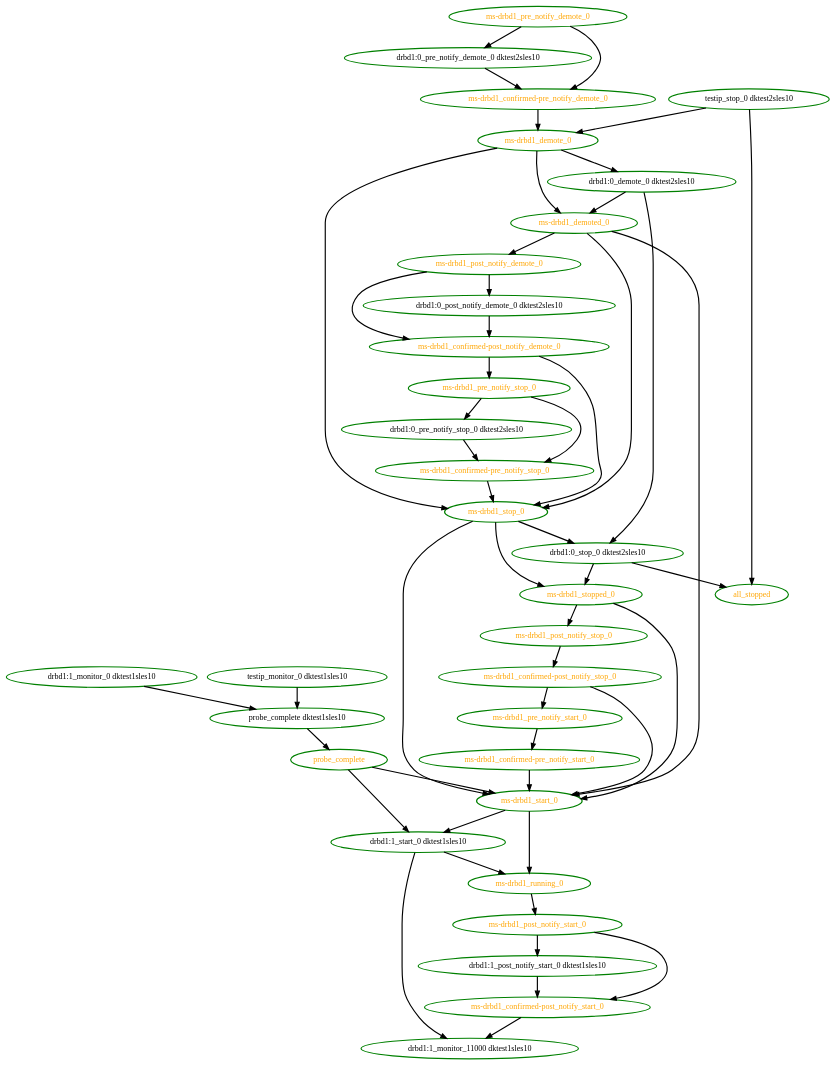
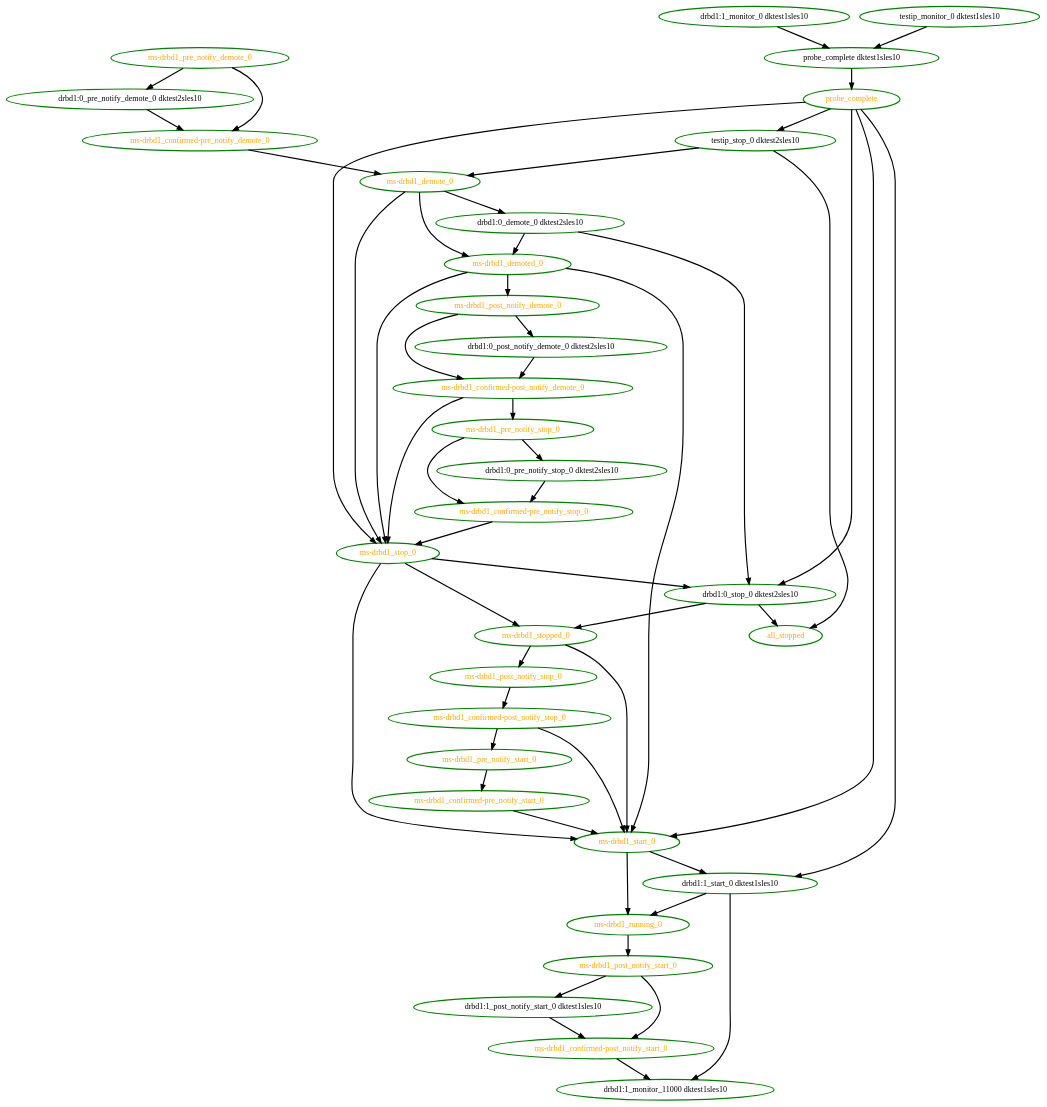
Before and after one commit to linux-ha-japan/pm_diskd: the diagram in pengine/testcases/clone-no-shuffle.dot, drawn with Graphviz. The commit also changed 158 other files, not shown here.

Commit message:
Medium: PE: Bug LF:1926 - Probes should complete before stop actions are invoked

```diff
--- a/pengine/testcases/clone-no-shuffle.dot
+++ b/pengine/testcases/clone-no-shuffle.dot
@@ -1,83 +1,86 @@
 digraph "g" {
 "all_stopped" [ style=bold color="green" fontcolor="orange"  ]
 "drbd1:0_demote_0 dktest2sles10" -> "drbd1:0_stop_0 dktest2sles10" [ style = bold]
 "drbd1:0_demote_0 dktest2sles10" -> "ms-drbd1_demoted_0" [ style = bold]
 "drbd1:0_demote_0 dktest2sles10" [ style=bold color="green" fontcolor="black"  ]
 "drbd1:0_post_notify_demote_0 dktest2sles10" -> "ms-drbd1_confirmed-post_notify_demote_0" [ style = bold]
 "drbd1:0_post_notify_demote_0 dktest2sles10" [ style=bold color="green" fontcolor="black"  ]
 "drbd1:0_pre_notify_demote_0 dktest2sles10" -> "ms-drbd1_confirmed-pre_notify_demote_0" [ style = bold]
 "drbd1:0_pre_notify_demote_0 dktest2sles10" [ style=bold color="green" fontcolor="black"  ]
 "drbd1:0_pre_notify_stop_0 dktest2sles10" -> "ms-drbd1_confirmed-pre_notify_stop_0" [ style = bold]
 "drbd1:0_pre_notify_stop_0 dktest2sles10" [ style=bold color="green" fontcolor="black"  ]
 "drbd1:0_stop_0 dktest2sles10" -> "all_stopped" [ style = bold]
 "drbd1:0_stop_0 dktest2sles10" -> "ms-drbd1_stopped_0" [ style = bold]
 "drbd1:0_stop_0 dktest2sles10" [ style=bold color="green" fontcolor="black"  ]
 "drbd1:1_monitor_0 dktest1sles10" -> "probe_complete dktest1sles10" [ style = bold]
 "drbd1:1_monitor_0 dktest1sles10" [ style=bold color="green" fontcolor="black"  ]
 "drbd1:1_monitor_11000 dktest1sles10" [ style=bold color="green" fontcolor="black"  ]
 "drbd1:1_post_notify_start_0 dktest1sles10" -> "ms-drbd1_confirmed-post_notify_start_0" [ style = bold]
 "drbd1:1_post_notify_start_0 dktest1sles10" [ style=bold color="green" fontcolor="black"  ]
 "drbd1:1_start_0 dktest1sles10" -> "drbd1:1_monitor_11000 dktest1sles10" [ style = bold]
 "drbd1:1_start_0 dktest1sles10" -> "ms-drbd1_running_0" [ style = bold]
 "drbd1:1_start_0 dktest1sles10" [ style=bold color="green" fontcolor="black"  ]
 "ms-drbd1_confirmed-post_notify_demote_0" -> "ms-drbd1_pre_notify_stop_0" [ style = bold]
 "ms-drbd1_confirmed-post_notify_demote_0" -> "ms-drbd1_stop_0" [ style = bold]
 "ms-drbd1_confirmed-post_notify_demote_0" [ style=bold color="green" fontcolor="orange"  ]
 "ms-drbd1_confirmed-post_notify_start_0" -> "drbd1:1_monitor_11000 dktest1sles10" [ style = bold]
 "ms-drbd1_confirmed-post_notify_start_0" [ style=bold color="green" fontcolor="orange"  ]
 "ms-drbd1_confirmed-post_notify_stop_0" -> "ms-drbd1_pre_notify_start_0" [ style = bold]
 "ms-drbd1_confirmed-post_notify_stop_0" -> "ms-drbd1_start_0" [ style = bold]
 "ms-drbd1_confirmed-post_notify_stop_0" [ style=bold color="green" fontcolor="orange"  ]
 "ms-drbd1_confirmed-pre_notify_demote_0" -> "ms-drbd1_demote_0" [ style = bold]
 "ms-drbd1_confirmed-pre_notify_demote_0" [ style=bold color="green" fontcolor="orange"  ]
 "ms-drbd1_confirmed-pre_notify_start_0" -> "ms-drbd1_start_0" [ style = bold]
 "ms-drbd1_confirmed-pre_notify_start_0" [ style=bold color="green" fontcolor="orange"  ]
 "ms-drbd1_confirmed-pre_notify_stop_0" -> "ms-drbd1_stop_0" [ style = bold]
 "ms-drbd1_confirmed-pre_notify_stop_0" [ style=bold color="green" fontcolor="orange"  ]
 "ms-drbd1_demote_0" -> "drbd1:0_demote_0 dktest2sles10" [ style = bold]
 "ms-drbd1_demote_0" -> "ms-drbd1_demoted_0" [ style = bold]
 "ms-drbd1_demote_0" -> "ms-drbd1_stop_0" [ style = bold]
 "ms-drbd1_demote_0" [ style=bold color="green" fontcolor="orange"  ]
 "ms-drbd1_demoted_0" -> "ms-drbd1_post_notify_demote_0" [ style = bold]
 "ms-drbd1_demoted_0" -> "ms-drbd1_start_0" [ style = bold]
 "ms-drbd1_demoted_0" -> "ms-drbd1_stop_0" [ style = bold]
 "ms-drbd1_demoted_0" [ style=bold color="green" fontcolor="orange"  ]
 "ms-drbd1_post_notify_demote_0" -> "drbd1:0_post_notify_demote_0 dktest2sles10" [ style = bold]
 "ms-drbd1_post_notify_demote_0" -> "ms-drbd1_confirmed-post_notify_demote_0" [ style = bold]
 "ms-drbd1_post_notify_demote_0" [ style=bold color="green" fontcolor="orange"  ]
 "ms-drbd1_post_notify_start_0" -> "drbd1:1_post_notify_start_0 dktest1sles10" [ style = bold]
 "ms-drbd1_post_notify_start_0" -> "ms-drbd1_confirmed-post_notify_start_0" [ style = bold]
 "ms-drbd1_post_notify_start_0" [ style=bold color="green" fontcolor="orange"  ]
 "ms-drbd1_post_notify_stop_0" -> "ms-drbd1_confirmed-post_notify_stop_0" [ style = bold]
 "ms-drbd1_post_notify_stop_0" [ style=bold color="green" fontcolor="orange"  ]
 "ms-drbd1_pre_notify_demote_0" -> "drbd1:0_pre_notify_demote_0 dktest2sles10" [ style = bold]
 "ms-drbd1_pre_notify_demote_0" -> "ms-drbd1_confirmed-pre_notify_demote_0" [ style = bold]
 "ms-drbd1_pre_notify_demote_0" [ style=bold color="green" fontcolor="orange"  ]
 "ms-drbd1_pre_notify_start_0" -> "ms-drbd1_confirmed-pre_notify_start_0" [ style = bold]
 "ms-drbd1_pre_notify_start_0" [ style=bold color="green" fontcolor="orange"  ]
 "ms-drbd1_pre_notify_stop_0" -> "drbd1:0_pre_notify_stop_0 dktest2sles10" [ style = bold]
 "ms-drbd1_pre_notify_stop_0" -> "ms-drbd1_confirmed-pre_notify_stop_0" [ style = bold]
 "ms-drbd1_pre_notify_stop_0" [ style=bold color="green" fontcolor="orange"  ]
 "ms-drbd1_running_0" -> "ms-drbd1_post_notify_start_0" [ style = bold]
 "ms-drbd1_running_0" [ style=bold color="green" fontcolor="orange"  ]
 "ms-drbd1_start_0" -> "drbd1:1_start_0 dktest1sles10" [ style = bold]
 "ms-drbd1_start_0" -> "ms-drbd1_running_0" [ style = bold]
 "ms-drbd1_start_0" [ style=bold color="green" fontcolor="orange"  ]
 "ms-drbd1_stop_0" -> "drbd1:0_stop_0 dktest2sles10" [ style = bold]
 "ms-drbd1_stop_0" -> "ms-drbd1_start_0" [ style = bold]
 "ms-drbd1_stop_0" -> "ms-drbd1_stopped_0" [ style = bold]
 "ms-drbd1_stop_0" [ style=bold color="green" fontcolor="orange"  ]
 "ms-drbd1_stopped_0" -> "ms-drbd1_post_notify_stop_0" [ style = bold]
 "ms-drbd1_stopped_0" -> "ms-drbd1_start_0" [ style = bold]
 "ms-drbd1_stopped_0" [ style=bold color="green" fontcolor="orange"  ]
 "probe_complete dktest1sles10" -> "probe_complete" [ style = bold]
 "probe_complete dktest1sles10" [ style=bold color="green" fontcolor="black"  ]
+"probe_complete" -> "drbd1:0_stop_0 dktest2sles10" [ style = bold]
 "probe_complete" -> "drbd1:1_start_0 dktest1sles10" [ style = bold]
 "probe_complete" -> "ms-drbd1_start_0" [ style = bold]
+"probe_complete" -> "ms-drbd1_stop_0" [ style = bold]
+"probe_complete" -> "testip_stop_0 dktest2sles10" [ style = bold]
 "probe_complete" [ style=bold color="green" fontcolor="orange"  ]
 "testip_monitor_0 dktest1sles10" -> "probe_complete dktest1sles10" [ style = bold]
 "testip_monitor_0 dktest1sles10" [ style=bold color="green" fontcolor="black"  ]
 "testip_stop_0 dktest2sles10" -> "all_stopped" [ style = bold]
 "testip_stop_0 dktest2sles10" -> "ms-drbd1_demote_0" [ style = bold]
 "testip_stop_0 dktest2sles10" [ style=bold color="green" fontcolor="black"  ]
 }
```
